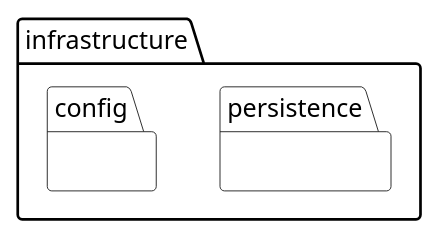
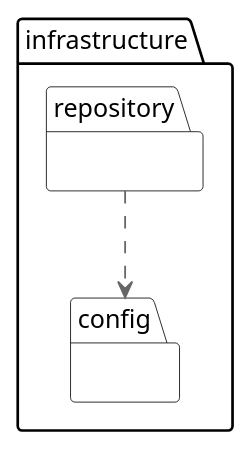
One commit to FernandoMulato/Piedrazul-Medical-Services-Network changed the diagram in 1.Project-with_Monolithic_Architecture/mod_app_piedrazul_medical_services_network/Infrastructure/dPackInfrastructure.puml. Above: the diagram before and after it, drawn with PlantUML. The commit also changed 34 other files, not shown here.

```diff
--- a/1.Project-with_Monolithic_Architecture/mod_app_piedrazul_medical_services_network/Infrastructure/dPackInfrastructure.puml
+++ b/1.Project-with_Monolithic_Architecture/mod_app_piedrazul_medical_services_network/Infrastructure/dPackInfrastructure.puml
@@ -1,10 +1,12 @@
-@startuml DomainPackages
+@startuml InfrastructurePackages
 
 !include https://raw.githubusercontent.com/plantuml-stdlib/C4-PlantUML/master/C4_Deployment.puml
 
 package "infrastructure" {
-    package "persistence" {}
-    package "config" {}
+  package "repository" {}
+  package "config" {}
 }
 
+repository ..> config
+
 @enduml
```
